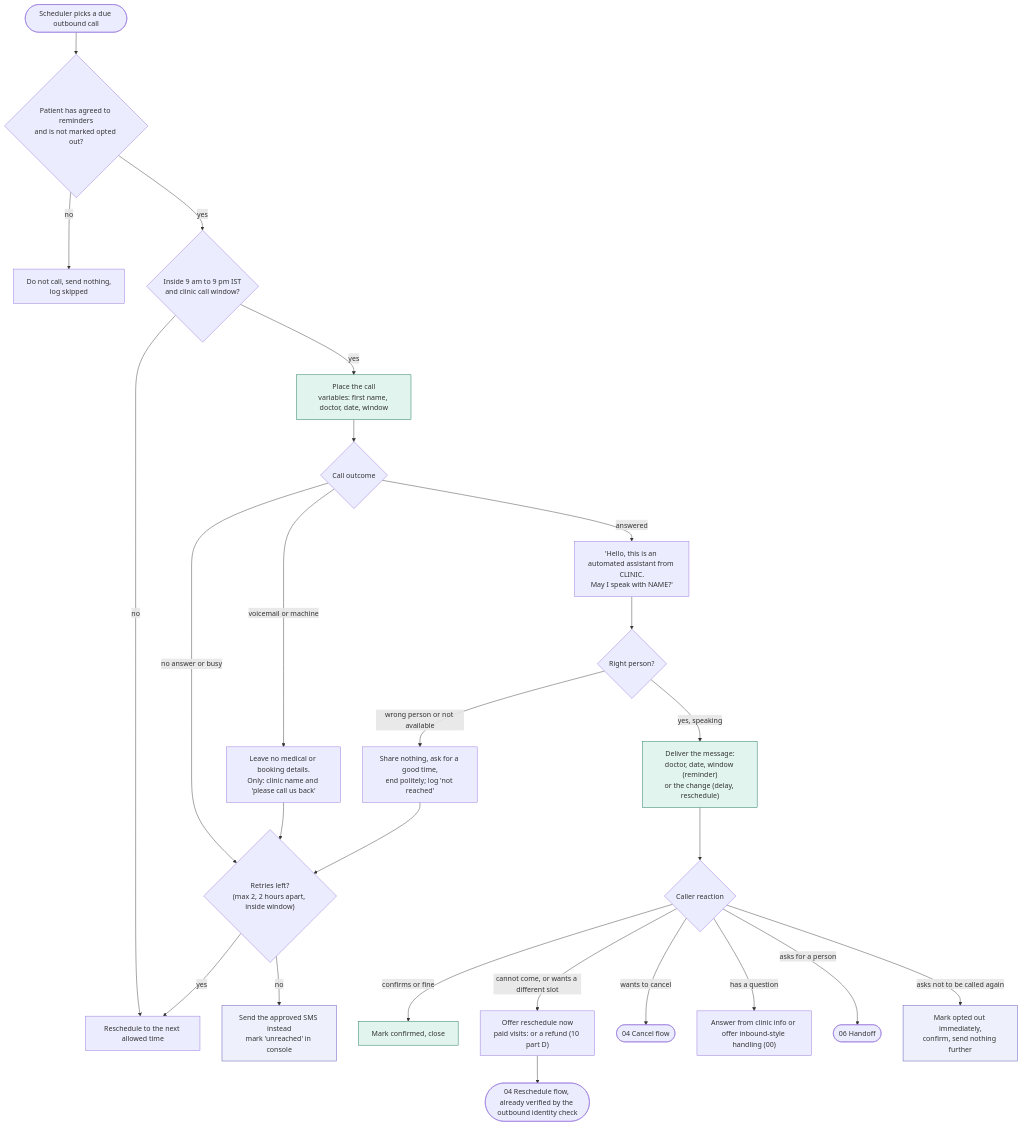
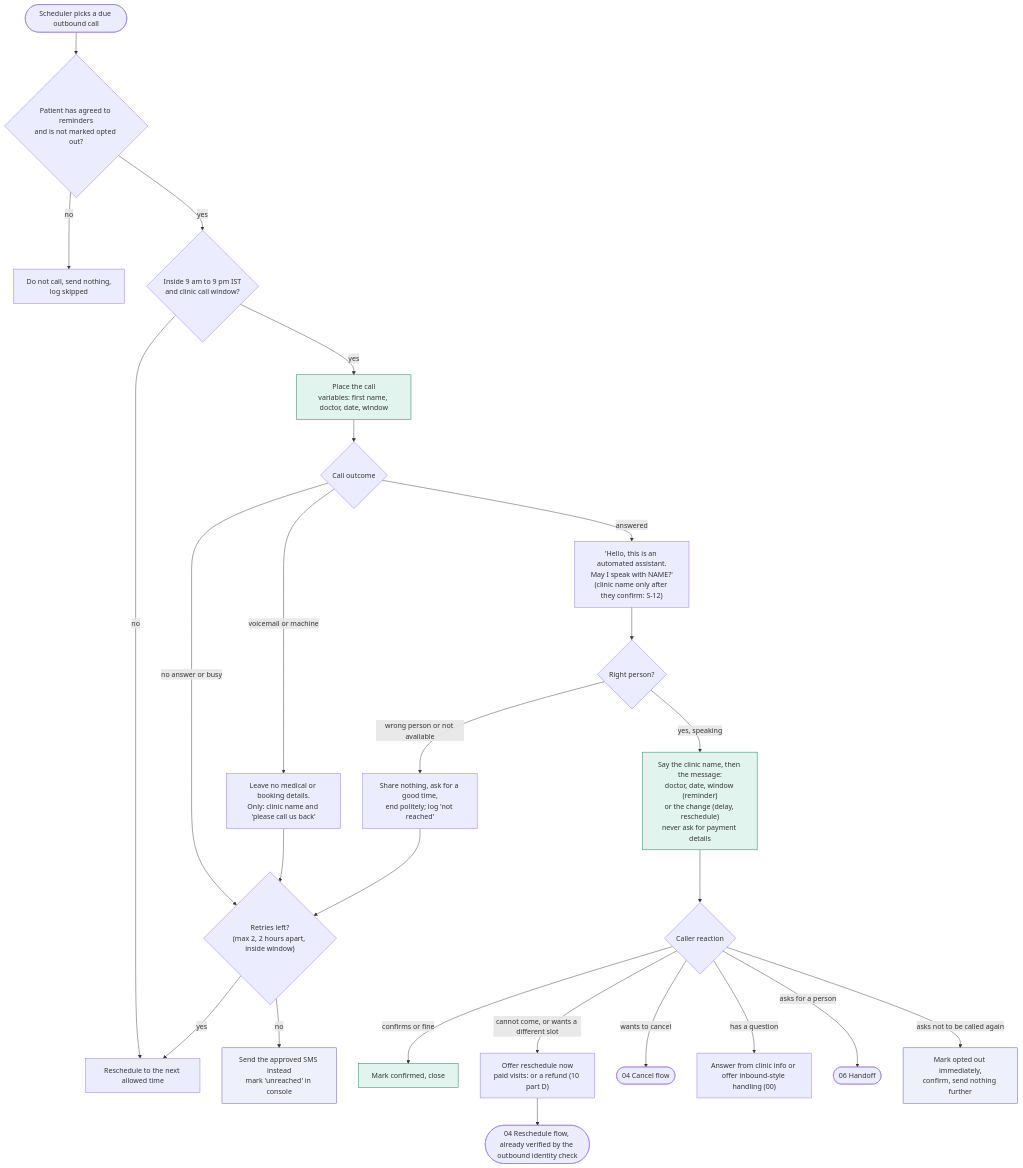
The diagram in docs/flows/07-outbound-calls.md (Anupamgt/tts-agent-1), drawn with Mermaid before and after one commit. The commit also changed 13 other files, not shown here.

First line of the commit message:
Add security and abuse review; harden schema

````diff
--- a/docs/flows/07-outbound-calls.md
+++ b/docs/flows/07-outbound-calls.md
@@ -20,37 +20,37 @@
 ```mermaid
 flowchart TD
     O0(["Scheduler picks a due outbound call"]) --> O1{"Patient has agreed to reminders<br/>and is not marked opted out?"}
     O1 -->|"no"| O1a["Do not call, send nothing,<br/>log skipped"]
     O1 -->|"yes"| O2{"Inside 9 am to 9 pm IST<br/>and clinic call window?"}
     O2 -->|"no"| O2a["Reschedule to the next allowed time"]
     O2 -->|"yes"| O3["Place the call<br/>variables: first name, doctor, date, window"]
     O3 --> O4{"Call outcome"}
 
     O4 -->|"no answer or busy"| RT
     O4 -->|"voicemail or machine"| VM["Leave no medical or booking details.<br/>Only: clinic name and 'please call us back'"]
     VM --> RT
-    O4 -->|"answered"| O5["'Hello, this is an automated assistant from CLINIC.<br/>May I speak with NAME?'"]
+    O4 -->|"answered"| O5["'Hello, this is an automated assistant.<br/>May I speak with NAME?'<br/>(clinic name only after they confirm: S-12)"]
 
     O5 --> O6{"Right person?"}
     O6 -->|"wrong person or not available"| O6a["Share nothing, ask for a good time,<br/>end politely; log 'not reached'"]
     O6a --> RT
-    O6 -->|"yes, speaking"| O7["Deliver the message:<br/>doctor, date, window (reminder)<br/>or the change (delay, reschedule)"]
+    O6 -->|"yes, speaking"| O7["Say the clinic name, then the message:<br/>doctor, date, window (reminder)<br/>or the change (delay, reschedule)<br/>never ask for payment details"]
 
     O7 --> O8{"Caller reaction"}
     O8 -->|"confirms or fine"| O9["Mark confirmed, close"]
     O8 -->|"cannot come, or wants a different slot"| O10["Offer reschedule now<br/>paid visits: or a refund (10 part D)"]
     O10 --> BK(["04 Reschedule flow, already verified by the outbound identity check"])
     O8 -->|"wants to cancel"| CN(["04 Cancel flow"])
     O8 -->|"has a question"| O11["Answer from clinic info or offer inbound-style handling (00)"]
     O8 -->|"asks for a person"| HO(["06 Handoff"])
     O8 -->|"asks not to be called again"| OPT["Mark opted out immediately,<br/>confirm, send nothing further"]
 
     RT{"Retries left?<br/>(max 2, 2 hours apart, inside window)"}
     RT -->|"yes"| O2a
     RT -->|"no"| FB["Send the approved SMS instead<br/>mark 'unreached' in console"]
 
     classDef agent fill:#e1f5ee,stroke:#0f6e56;
     classDef human fill:#eef1fb,stroke:#534ab7;
     class O3,O7,O9 agent;
     class FB,OPT human;
 ```
````
